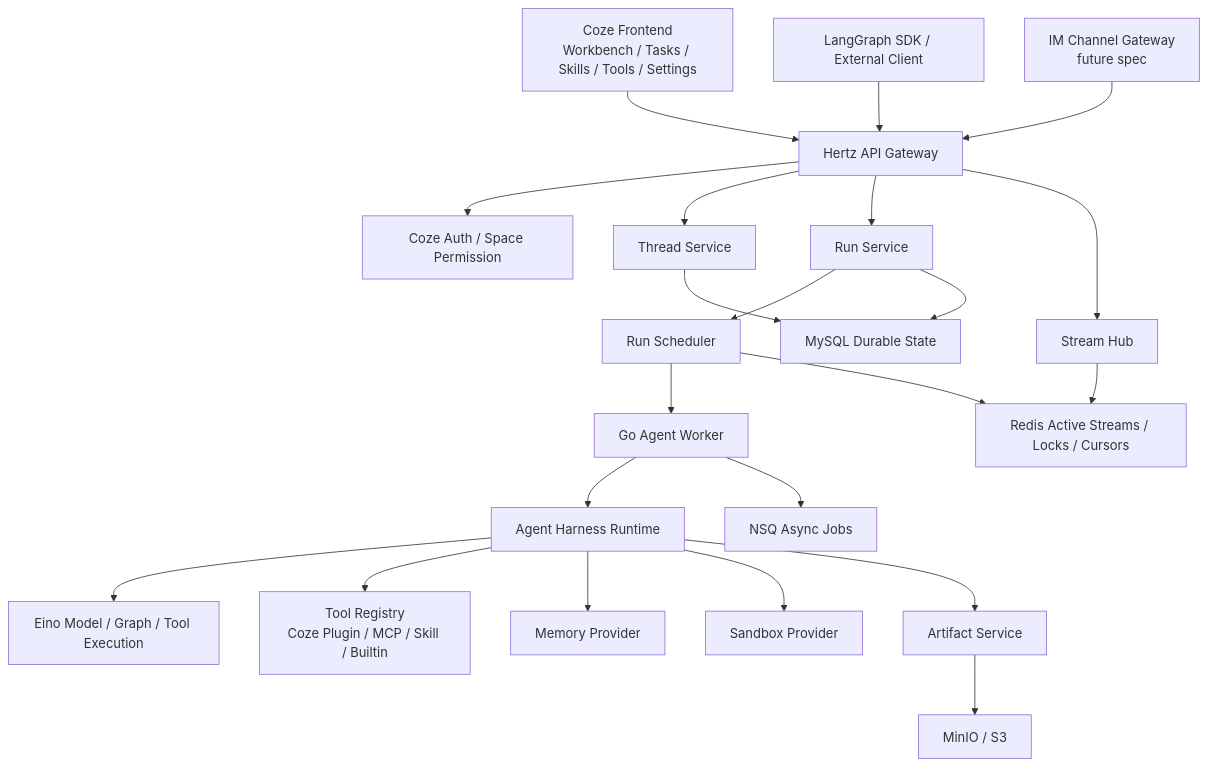
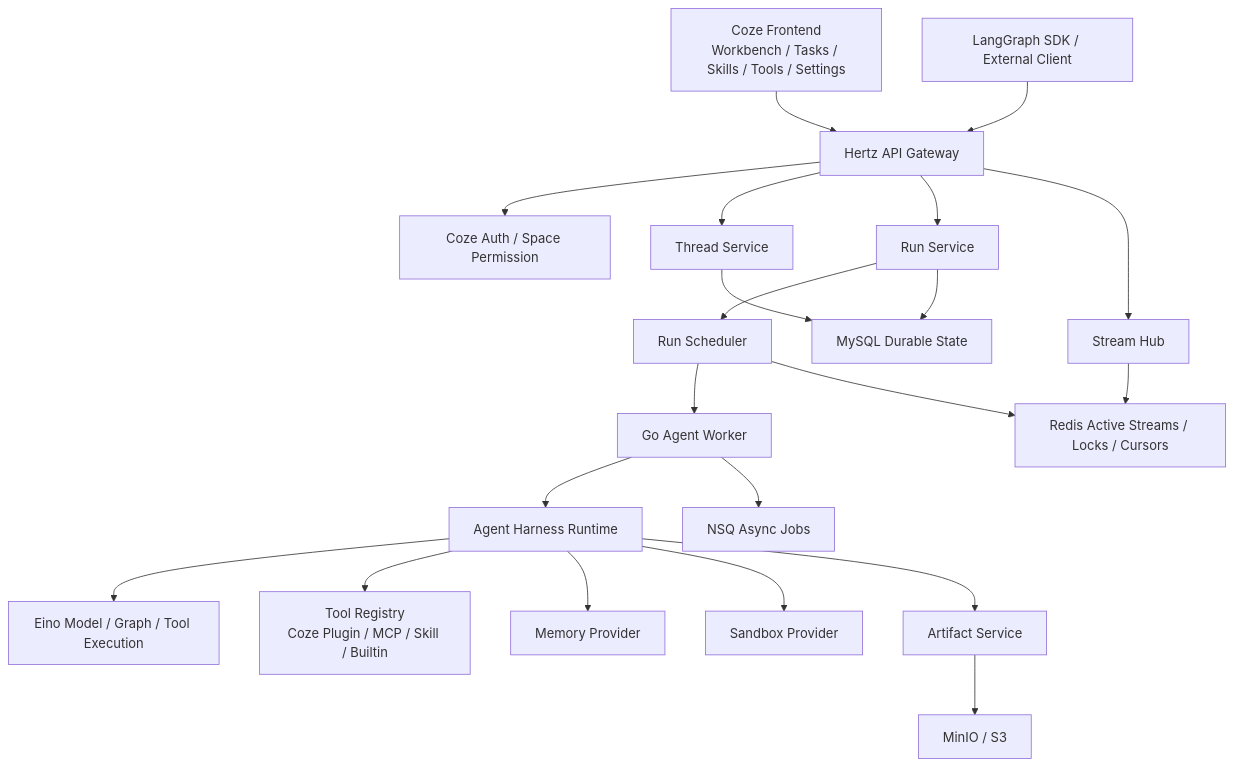
Before and after one commit to lwb8832652/coze-studio: the first of 2 diagrams in docs/superpowers/specs/2026-06-13-runtime-langgraph-api-design.md, drawn with Mermaid. The commit also changed other lines of this file and 627 other files, not shown here.

````diff
--- a/docs/superpowers/specs/2026-06-13-runtime-langgraph-api-design.md
+++ b/docs/superpowers/specs/2026-06-13-runtime-langgraph-api-design.md
@@ -61,27 +61,25 @@
 ```mermaid
 flowchart TB
   UI["Coze Frontend<br/>Workbench / Tasks / Skills / Tools / Settings"] --> API["Hertz API Gateway"]
   SDK["LangGraph SDK / External Client"] --> API
-  IM["IM Channel Gateway<br/>future spec"] --> API
-
   API --> Auth["Coze Auth / Space Permission"]
   API --> ThreadSvc["Thread Service"]
   API --> RunSvc["Run Service"]
   API --> StreamHub["Stream Hub"]
 
   RunSvc --> Scheduler["Run Scheduler"]
   Scheduler --> Worker["Go Agent Worker"]
   Worker --> Harness["Agent Harness Runtime"]
   Harness --> Eino["Eino Model / Graph / Tool Execution"]
   Harness --> ToolRegistry["Tool Registry<br/>Coze Plugin / MCP / Skill / Builtin"]
   Harness --> Memory["Memory Provider"]
   Harness --> Sandbox["Sandbox Provider"]
   Harness --> Artifact["Artifact Service"]
 
   ThreadSvc --> MySQL["MySQL Durable State"]
   RunSvc --> MySQL
   StreamHub --> Redis["Redis Active Streams / Locks / Cursors"]
   Scheduler --> Redis
   Artifact --> MinIO["MinIO / S3"]
   Worker --> NSQ["NSQ Async Jobs"]
 ```
````
